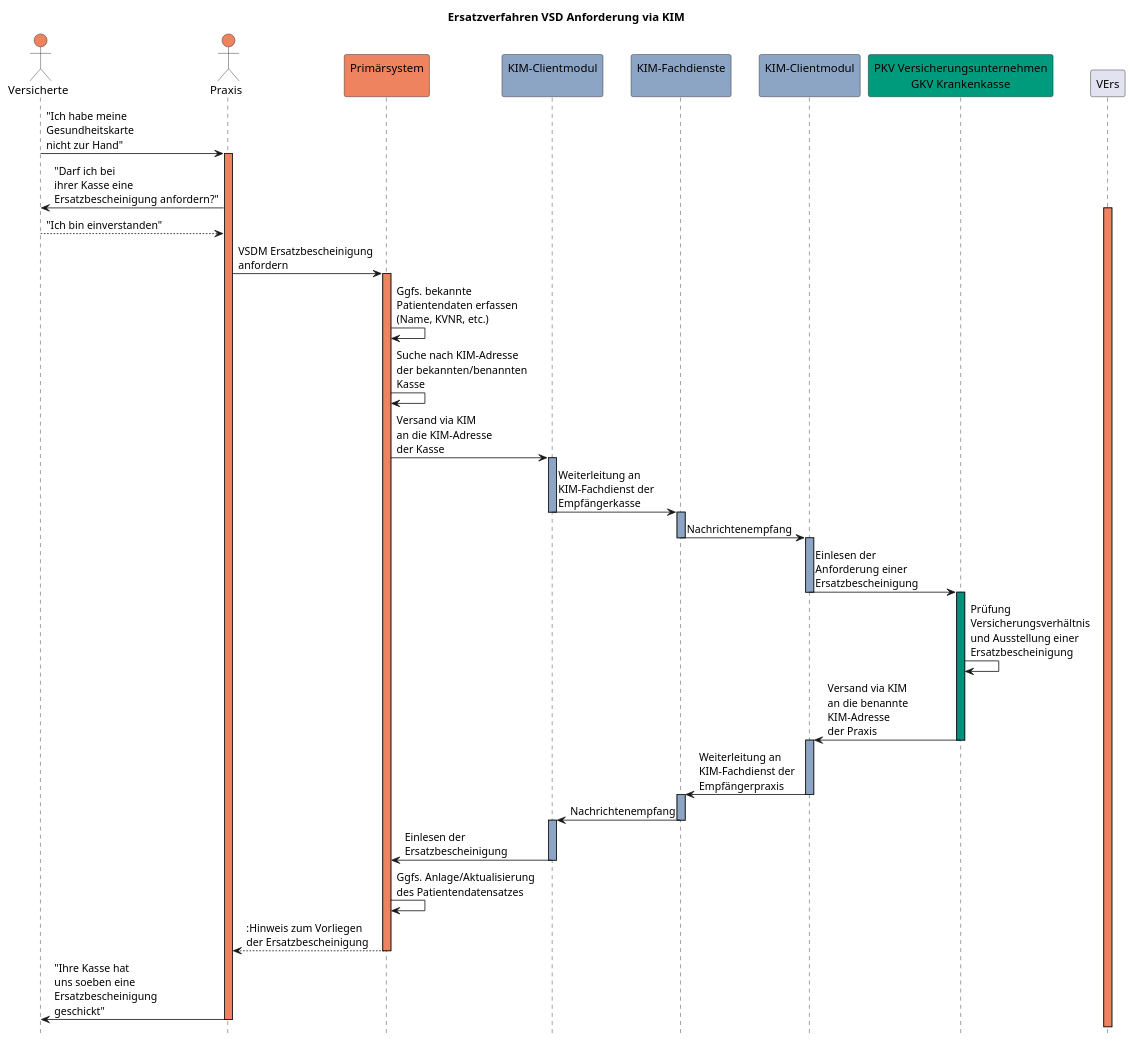
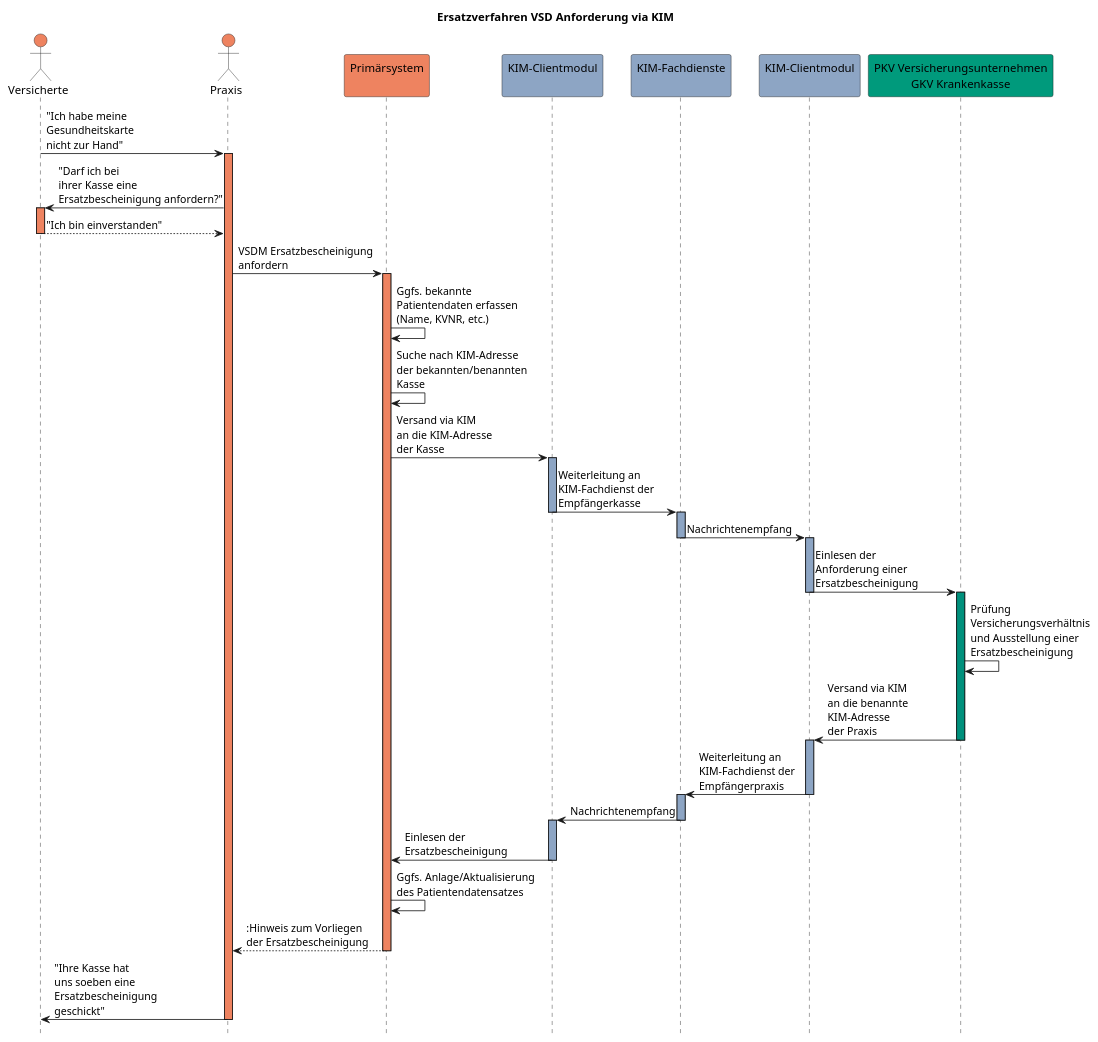
The diagram in ImplementationGuide/images/gkv_ersatzverfahren.puml (gematik/spec-VSDM-Ersatzbescheinigung), drawn with PlantUML before and after one commit. The commit also changed 1 other file, not shown here.

Commit message:
typo puml gkv vers activity

```diff
--- a/ImplementationGuide/images/gkv_ersatzverfahren.puml
+++ b/ImplementationGuide/images/gkv_ersatzverfahren.puml
@@ -1,50 +1,50 @@
 @startuml gkv_ersatzverfahren
 hide footbox
 title Ersatzverfahren VSD Anforderung via KIM
 actor Vers as "Versicherte" #ee8360
 actor LE as "Praxis" #ee8360
 participant PVS as "Primärsystem\n" #ee8360
 participant KIMCM1 as "KIM-Clientmodul\n" #8da5c4
 participant KIMFD as "KIM-Fachdienste\n" #8da5c4
 participant KIMCM2 as "KIM-Clientmodul\n" #8da5c4
 participant Kasse as "PKV Versicherungsunternehmen\nGKV Krankenkasse" #009a7c
 
 Vers -> LE: "Ich habe meine\nGesundheitskarte\nnicht zur Hand"
 activate LE #ee8360
 LE -> Vers: "Darf ich bei \nihrer Kasse eine \nErsatzbescheinigung anfordern?"
-activate VErs #ee8360
+activate Vers #ee8360
 Vers --> LE: "Ich bin einverstanden"
 deactivate Vers
 LE -> PVS: VSDM Ersatzbescheinigung\nanfordern
 activate PVS #ee8360
 PVS -> PVS: Ggfs. bekannte\nPatientendaten erfassen\n(Name, KVNR, etc.)
 PVS -> PVS: Suche nach KIM-Adresse\nder bekannten/benannten\nKasse
 PVS -> KIMCM1: Versand via KIM\nan die KIM-Adresse\nder Kasse
 activate KIMCM1 #8da5c4
 KIMCM1 -> KIMFD: Weiterleitung an\nKIM-Fachdienst der\nEmpfängerkasse
 deactivate KIMCM1
 activate KIMFD #8da5c4
 KIMFD -> KIMCM2: Nachrichtenempfang
 deactivate KIMFD
 activate KIMCM2 #8da5c4
 KIMCM2 -> Kasse: Einlesen der\nAnforderung einer\nErsatzbescheinigung
 deactivate KIMCM2
 activate Kasse #00907c
 Kasse -> Kasse: Prüfung\nVersicherungsverhältnis\nund Ausstellung einer\nErsatzbescheinigung
 Kasse -> KIMCM2: Versand via KIM\nan die benannte\nKIM-Adresse\nder Praxis
 deactivate Kasse
 activate KIMCM2 #8da5c4
 KIMCM2 -> KIMFD: Weiterleitung an\nKIM-Fachdienst der\nEmpfängerpraxis
 deactivate KIMCM2
 activate KIMFD #8da5c4
 KIMFD -> KIMCM1: Nachrichtenempfang
 deactivate KIMFD
 activate KIMCM1 #8da5c4
 KIMCM1 -> PVS: Einlesen der\nErsatzbescheinigung
 deactivate KIMCM1
 PVS -> PVS: Ggfs. Anlage/Aktualisierung\ndes Patientendatensatzes
 PVS --> LE: :Hinweis zum Vorliegen\nder Ersatzbescheinigung
 deactivate PVS
 LE -> Vers: "Ihre Kasse hat\nuns soeben eine\nErsatzbescheinigung\ngeschickt"
 deactivate LE
 @enduml
```
